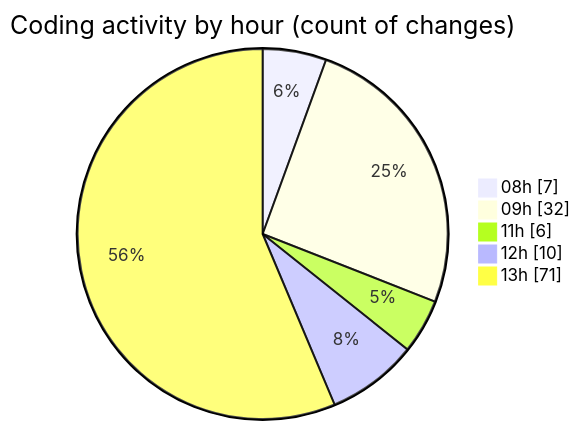
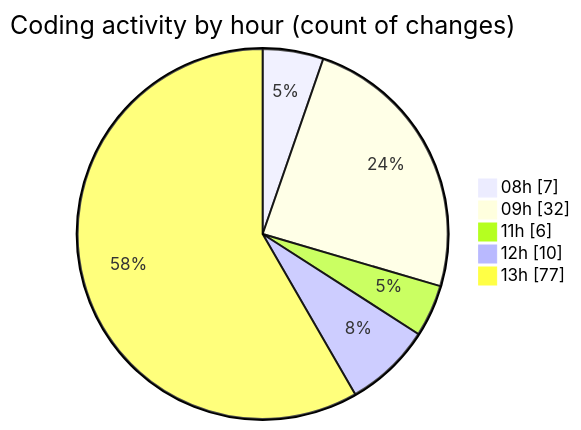
The second of 2 diagrams in 2026-09-04/cda/README.md (momahboobian/code-tracking), drawn with Mermaid before and after one commit. The commit also changed other lines of this file and 1 other file, not shown here.

````diff
--- a/2026-09-04/cda/README.md
+++ b/2026-09-04/cda/README.md
@@ -69,9 +75,9 @@
 ```mermaid
 pie showData
 title Coding activity by hour (count of changes)
 "08h" : 7
 "09h" : 32
 "11h" : 6
 "12h" : 10
-"13h" : 71
+"13h" : 77
 ```
````
